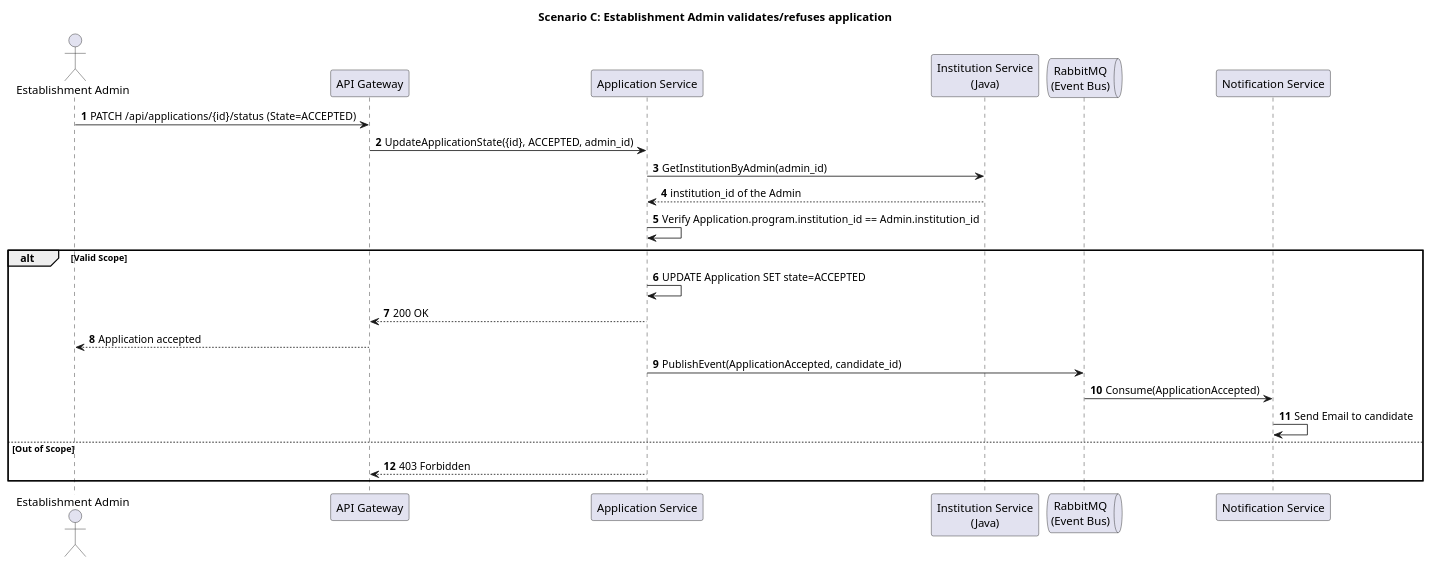
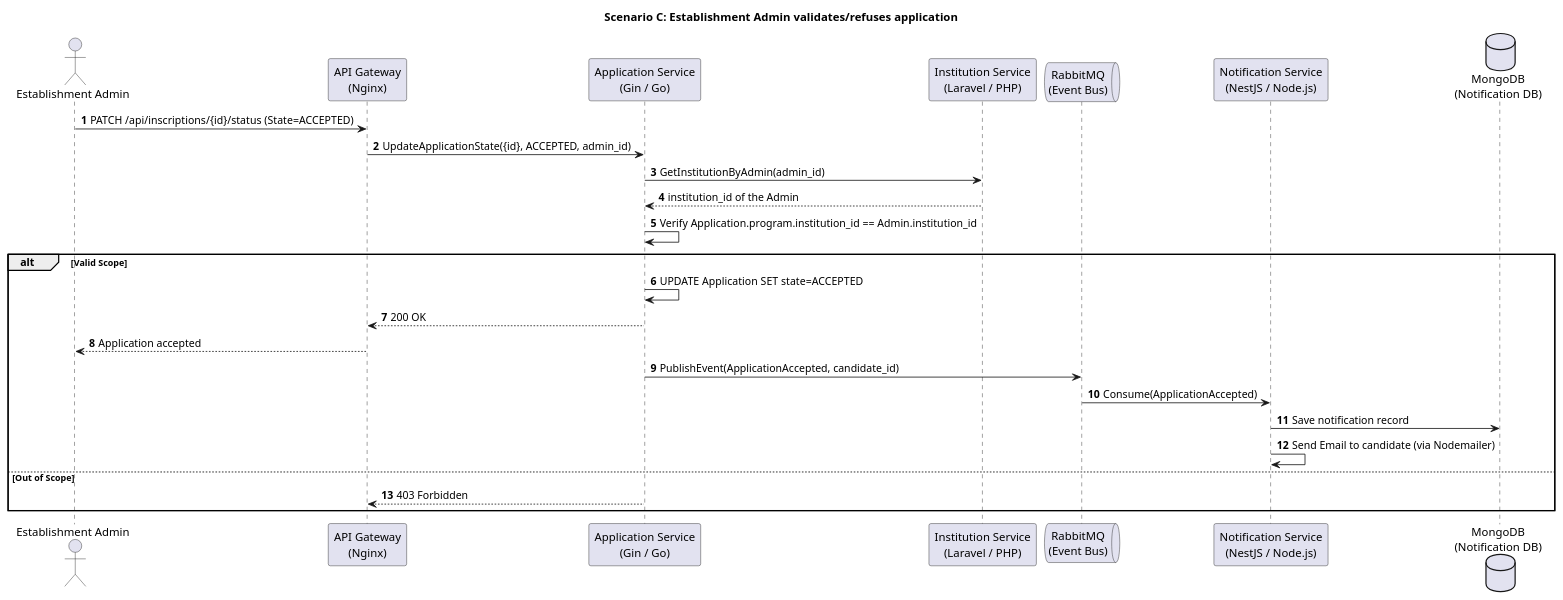
One commit to aminemanssouri/FST-CFC changed the third of 4 diagrams in docs/3_sequence_diagrams.puml. Above: the diagram before and after it, drawn with PlantUML. The commit also changed other lines of this file and 8 other files, not shown here.

Commit message:
docs: Add system diagrams including sequence, state, activity, class, and use cases.

```diff
--- a/docs/3_sequence_diagrams.puml
+++ b/docs/3_sequence_diagrams.puml
@@ -55,31 +59,33 @@
 @startuml
 title Scenario C: Establishment Admin validates/refuses application
 autonumber
 
 actor "Establishment Admin" as Admin
-participant "API Gateway" as API
-participant "Application Service" as App
-participant "Institution Service\n(Java)" as Inst
+participant "API Gateway\n(Nginx)" as API
+participant "Application Service\n(Gin / Go)" as App
+participant "Institution Service\n(Laravel / PHP)" as Inst
 queue "RabbitMQ\n(Event Bus)" as Bus
-participant "Notification Service" as Notif
+participant "Notification Service\n(NestJS / Node.js)" as Notif
+database "MongoDB\n(Notification DB)" as Mongo
 
-Admin -> API : PATCH /api/applications/{id}/status (State=ACCEPTED)
+Admin -> API : PATCH /api/inscriptions/{id}/status (State=ACCEPTED)
 API -> App : UpdateApplicationState({id}, ACCEPTED, admin_id)
 
 App -> Inst : GetInstitutionByAdmin(admin_id)
 Inst --> App : institution_id of the Admin
 
 App -> App : Verify Application.program.institution_id == Admin.institution_id
 
 alt Valid Scope
     App -> App : UPDATE Application SET state=ACCEPTED
     App --> API : 200 OK
     API --> Admin : Application accepted
     
     App -> Bus : PublishEvent(ApplicationAccepted, candidate_id)
     Bus -> Notif : Consume(ApplicationAccepted)
-    Notif -> Notif : Send Email to candidate
+    Notif -> Mongo : Save notification record
+    Notif -> Notif : Send Email to candidate (via Nodemailer)
 else Out of Scope
     App --> API : 403 Forbidden
 end
 @enduml
```
